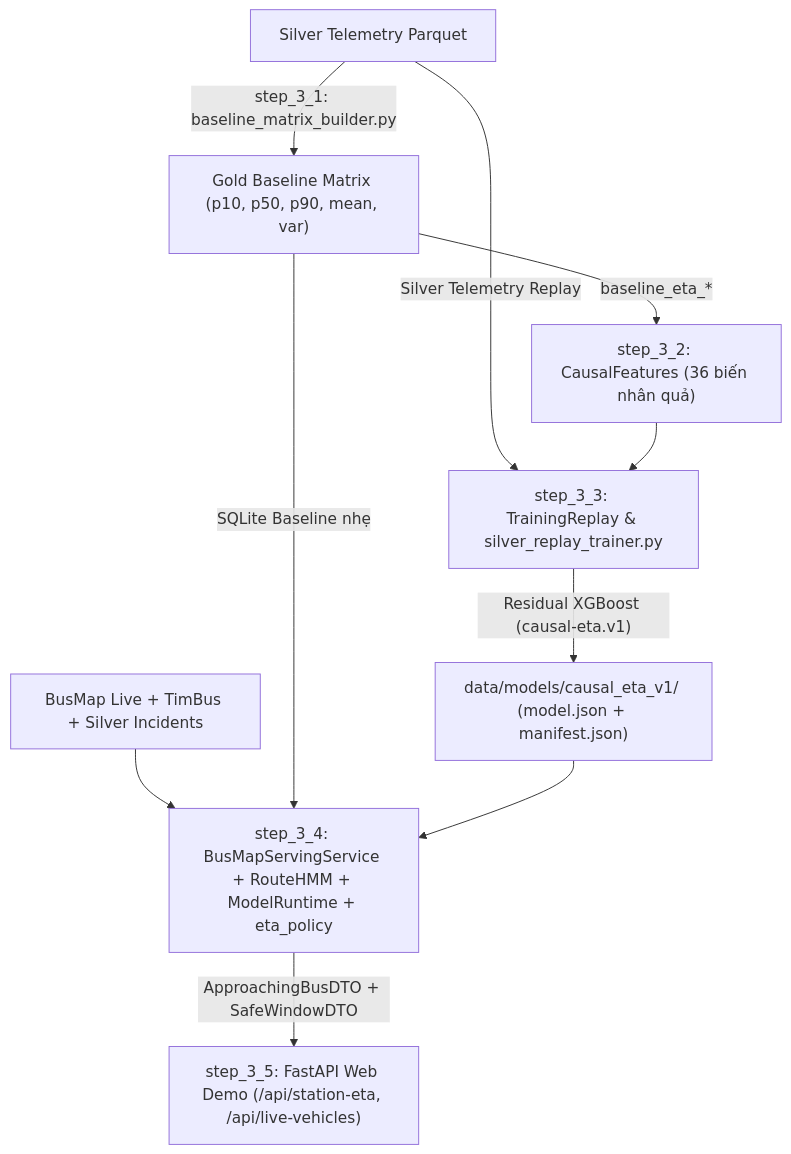
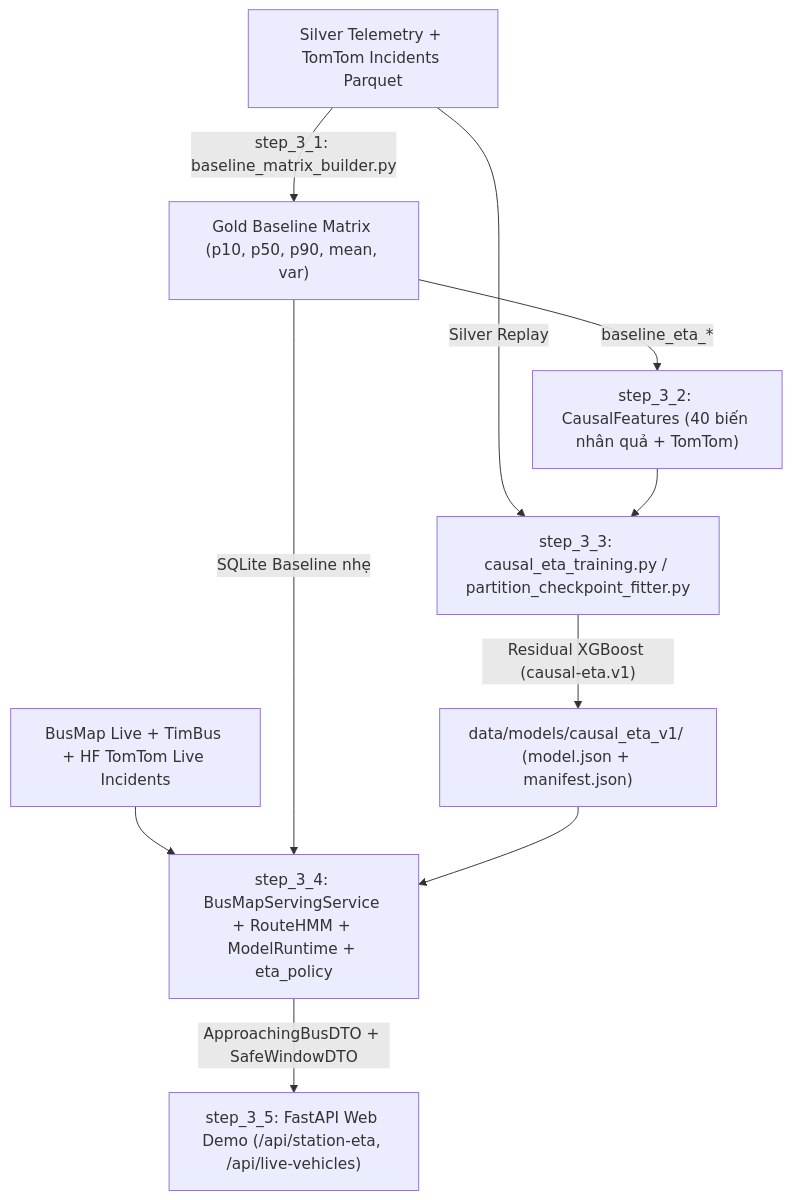
The diagram in module_3_bus_eta_prediction/README.md (toibinguz/Bus_tracking), drawn with Mermaid before and after one commit. The commit also changed other lines of this file and 12 other files, not shown here.

````diff
--- a/module_3_bus_eta_prediction/README.md
+++ b/module_3_bus_eta_prediction/README.md
@@ -9,12 +9,12 @@
 ```mermaid
 flowchart TD
-    SIL["Silver Telemetry Parquet"] -->|"step_3_1: baseline_matrix_builder.py"| S31["Gold Baseline Matrix (p10, p50, p90, mean, var)"]
-    S31 -->|"baseline_eta_*"| S32["step_3_2: CausalFeatures (36 biến nhân quả)"]
-    SIL -->|"Silver Telemetry Replay"| S33["step_3_3: TrainingReplay & silver_replay_trainer.py"]
+    SIL["Silver Telemetry + TomTom Incidents Parquet"] -->|"step_3_1: baseline_matrix_builder.py"| S31["Gold Baseline Matrix (p10, p50, p90, mean, var)"]
+    S31 -->|"baseline_eta_*"| S32["step_3_2: CausalFeatures (40 biến nhân quả + TomTom)"]
+    SIL -->|"Silver Replay"| S33["step_3_3: causal_eta_training.py / partition_checkpoint_fitter.py"]
     S32 --> S33
     S33 -->|"Residual XGBoost (causal-eta.v1)"| ART["data/models/causal_eta_v1/ (model.json + manifest.json)"]
-    LIVE["BusMap Live + TimBus + Silver Incidents"] --> S34["step_3_4: BusMapServingService + RouteHMM + ModelRuntime + eta_policy"]
+    LIVE["BusMap Live + TimBus + HF TomTom Live Incidents"] --> S34["step_3_4: BusMapServingService + RouteHMM + ModelRuntime + eta_policy"]
     S31 -->|"SQLite Baseline nhẹ"| S34
     ART --> S34
     S34 -->|"ApproachingBusDTO + SafeWindowDTO"| S35["step_3_5: FastAPI Web Demo (/api/station-eta, /api/live-vehicles)"]
 ```
````
